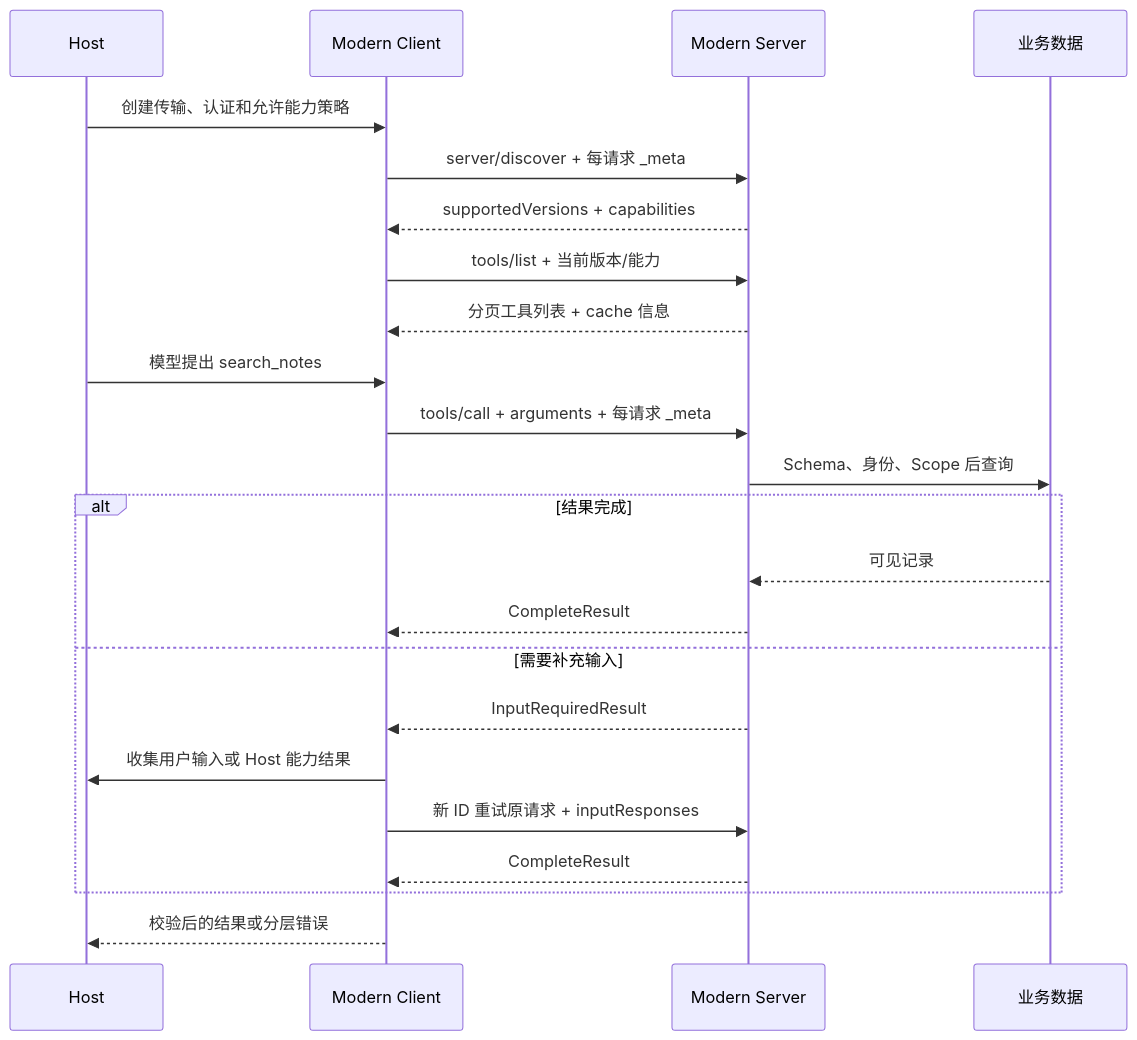
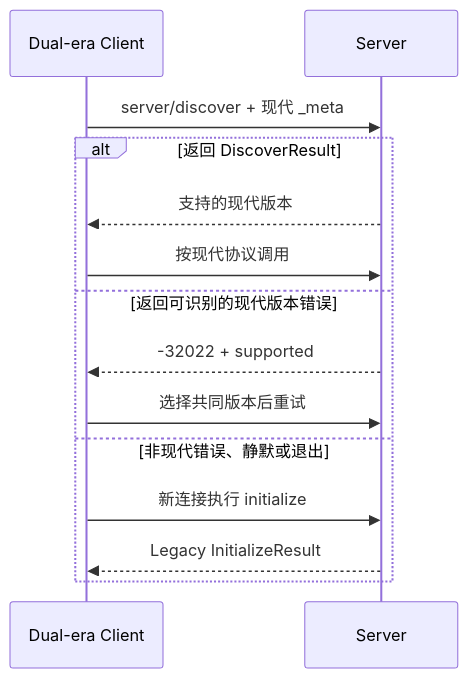
Before and after one commit to upJiang/jiang-blog-vitepress: the diagram in docs/ai-agent/mcp-protocol-lifecycle.md, drawn with Mermaid. The commit also changed other lines of this file and 364 other files, not shown here.

````diff
--- a/docs/ai-agent/mcp-protocol-lifecycle.md
+++ b/docs/ai-agent/mcp-protocol-lifecycle.md
@@ -202,25 +138,16 @@
 ```mermaid
 sequenceDiagram
-  participant H as Host
-  participant C as Modern Client
-  participant S as Modern Server
-  participant D as 业务数据
-  H->>C: 创建传输、认证和允许能力策略
-  C->>S: server/discover + 每请求 _meta
-  S-->>C: supportedVersions + capabilities
-  C->>S: tools/list + 当前版本/能力
-  S-->>C: 分页工具列表 + cache 信息
-  H->>C: 模型提出 search_notes
-  C->>S: tools/call + arguments + 每请求 _meta
-  S->>D: Schema、身份、Scope 后查询
-  alt 结果完成
-    D-->>S: 可见记录
-    S-->>C: CompleteResult
-  else 需要补充输入
-    S-->>C: InputRequiredResult
-    C->>H: 收集用户输入或 Host 能力结果
-    C->>S: 新 ID 重试原请求 + inputResponses
-    S-->>C: CompleteResult
+  participant C as Dual-era Client
+  participant S as Server
+  C->>S: server/discover + 现代 _meta
+  alt 返回 DiscoverResult
+    S-->>C: 支持的现代版本
+    C->>S: 按现代协议调用
+  else 返回可识别的现代版本错误
+    S-->>C: -32022 + supported
+    C->>S: 选择共同版本后重试
+  else 非现代错误、静默或退出
+    C->>S: 新连接执行 initialize
+    S-->>C: Legacy InitializeResult
   end
-  C-->>H: 校验后的结果或分层错误
 ```
````
